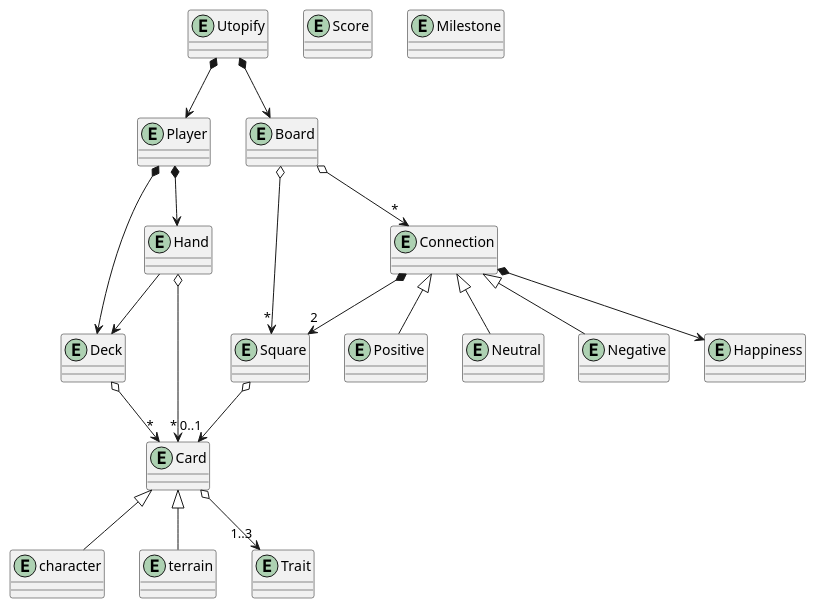
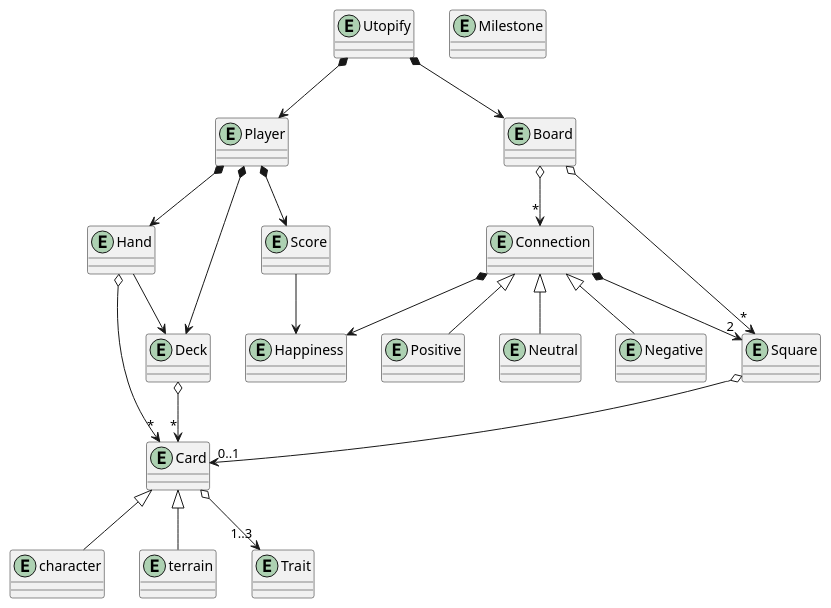
One commit to Juan-Albert/Utopify changed the diagram in Diagrams/UML/DomainModel.puml. Above: the diagram before and after it, drawn with PlantUML.

Commit message:
feat(Diagrams): player have a game score depending on the happiness of all connections

```diff
--- a/Diagrams/UML/DomainModel.puml
+++ b/Diagrams/UML/DomainModel.puml
@@ -1,41 +1,44 @@
 @startuml
 
 entity Utopify
 entity Player
 entity Deck
 entity Hand
 entity Card
 entity character
 entity terrain
 entity Trait
 entity Board
 entity Square
 entity Connection
 entity Positive
 entity Neutral
 entity Negative
 entity Happiness
 entity Score
 entity Milestone
 
 Utopify *--> Player
 Player *--> Deck
 Player *--> Hand
 Hand --> Deck
 Hand o--> "*" Card
 Deck o--> "*" Card
 Card o--> "1..3" Trait
 Card <|-- character
 Card <|-- terrain
 
+Player *--> Score
+Score -> Happiness
+
 Utopify *--> Board
 Board o--> "*" Square
 Board o--> "*" Connection
 Square o--> "0..1" Card
 Connection *--> "2" Square
 Connection *--> Happiness
 Connection <|-- Positive
 Connection <|-- Neutral
 Connection <|-- Negative
  
 @enduml
```
